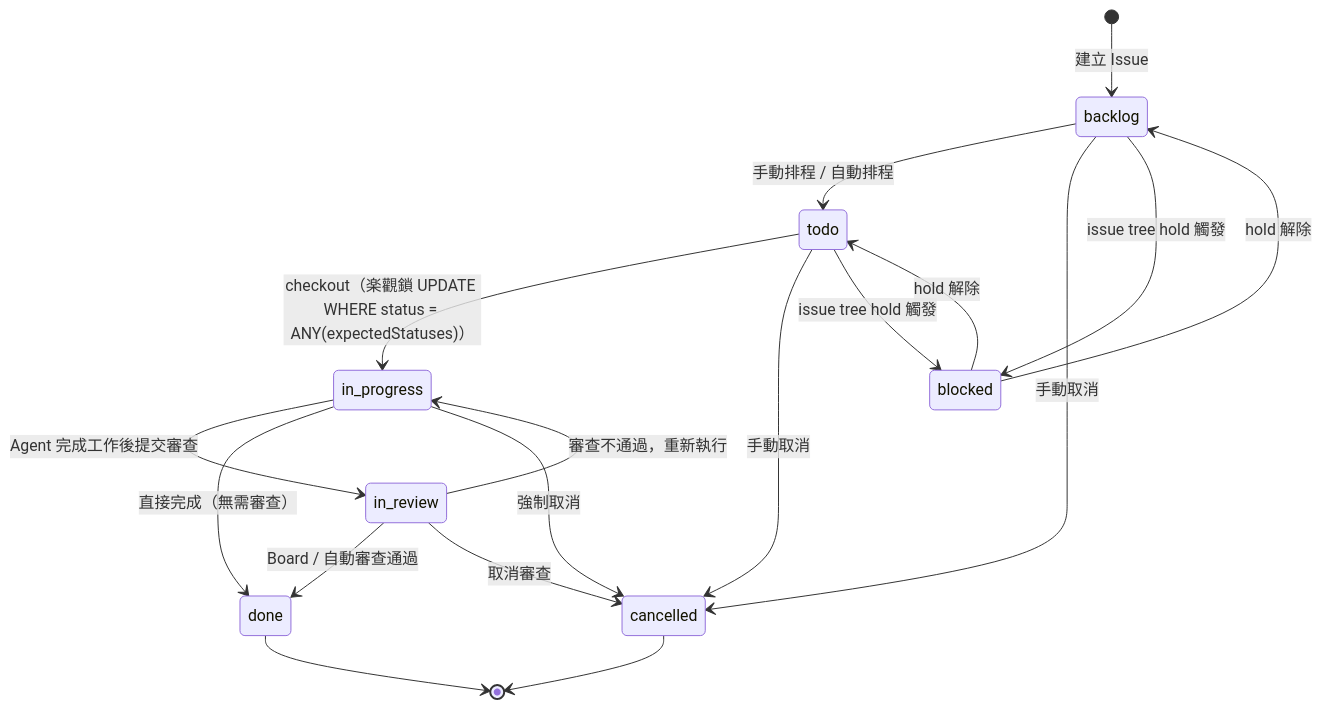
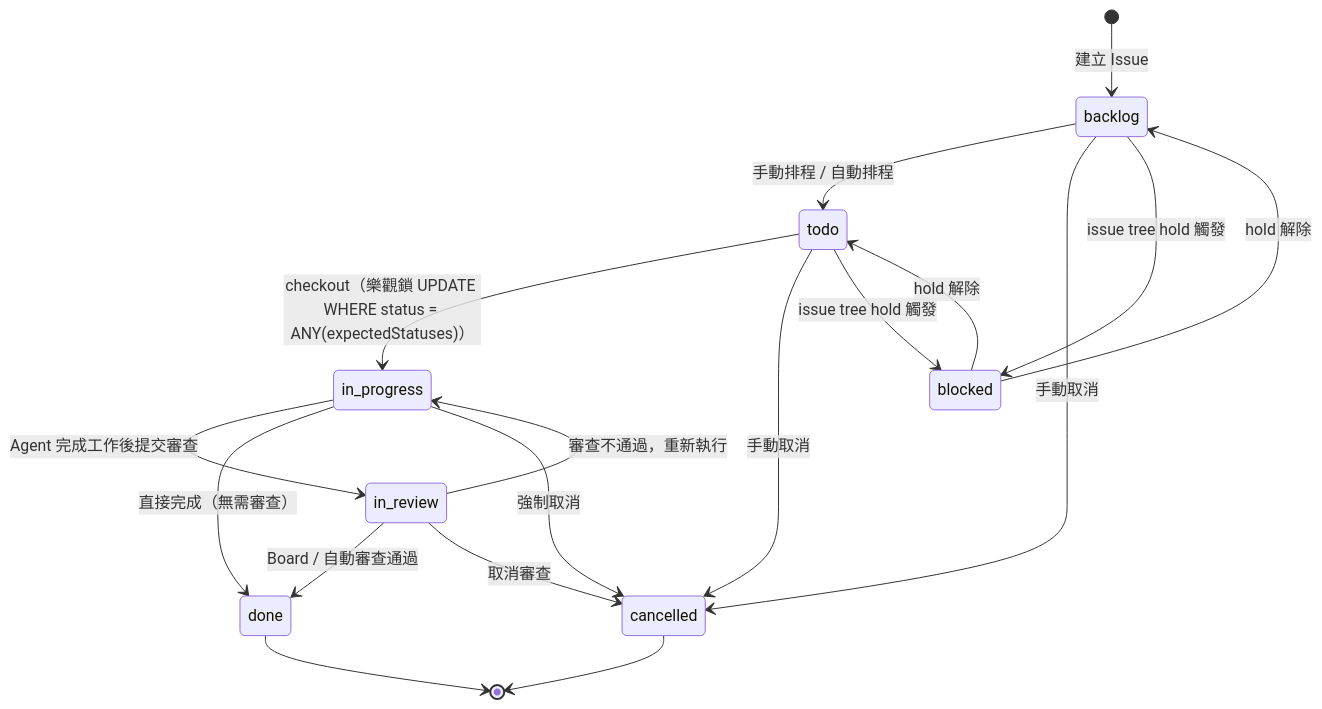
Before and after one commit to pichiu/paperclip: the second of 3 diagrams in .trace/DATA_MODEL.md, drawn with Mermaid. The commit also changed other lines of this file and 1 other file, not shown here.

First line of the commit message:
trace: rewrite ARCHITECTURE and DATA_MODEL in Traditional Chinese

````diff
--- a/.trace/DATA_MODEL.md
+++ b/.trace/DATA_MODEL.md
@@ -246,24 +246,24 @@
 ```mermaid
 stateDiagram-v2
     [*] --> backlog : 建立 Issue
 
     backlog --> todo : 手動排程 / 自動排程
-    todo --> in_progress : checkout（楽觀鎖 UPDATE WHERE status = ANY(expectedStatuses)）
+    todo --> in_progress : checkout（樂觀鎖 UPDATE WHERE status = ANY(expectedStatuses)）
     in_progress --> in_review : Agent 完成工作後提交審查
     in_review --> done : Board / 自動審查通過
     in_review --> in_progress : 審查不通過，重新執行
     in_progress --> done : 直接完成（無需審查）
 
     backlog --> cancelled : 手動取消
     todo --> cancelled : 手動取消
     in_progress --> cancelled : 強制取消
     in_review --> cancelled : 取消審查
 
     backlog --> blocked : issue tree hold 觸發
     todo --> blocked : issue tree hold 觸發
     blocked --> backlog : hold 解除
     blocked --> todo : hold 解除
 
     done --> [*]
     cancelled --> [*]
 ```
````
